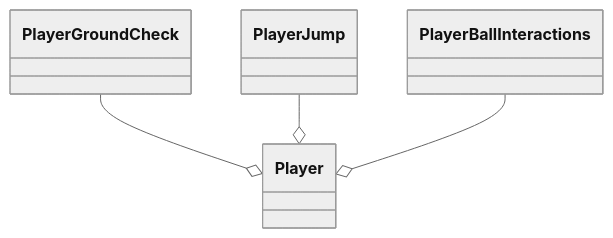
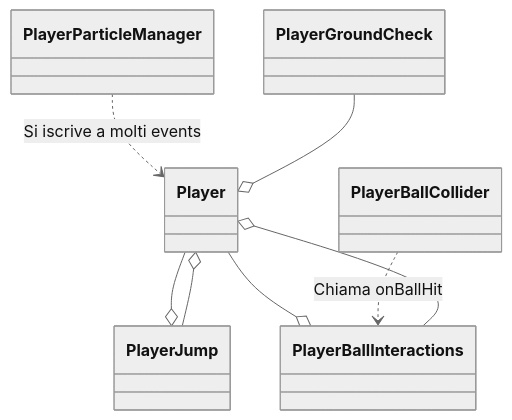
One commit to 0pow-pow0/RumbleSmash changed the diagram in Assets/Scripts/Player/PlayerScriptsLogic.md. Above: the diagram before and after it, drawn with Mermaid (neutral theme). The commit also changed 1752 other files, not shown here.

````diff
--- a/Assets/Scripts/Player/PlayerScriptsLogic.md
+++ b/Assets/Scripts/Player/PlayerScriptsLogic.md
@@ -1,24 +1,41 @@
 ```mermaid
 classDiagram
 
 class Player {
 
 }
 
 class PlayerJump {
 
 }
 
 class PlayerBallInteractions {
 
 }
 
 class PlayerGroundCheck { 
 
 }
 
+class PlayerBallCollider {
+
+}
+
+class PlayerParticleManager {
+
+}
+
+PlayerParticleManager ..> Player : Si iscrive a molti events
+
 PlayerGroundCheck --o Player
+
 PlayerJump --o Player
 PlayerBallInteractions --o Player
 
+Player --o PlayerJump
+Player --o PlayerBallInteractions
+
+PlayerBallCollider ..> PlayerBallInteractions : Chiama onBallHit 
+
+
 ```
````
